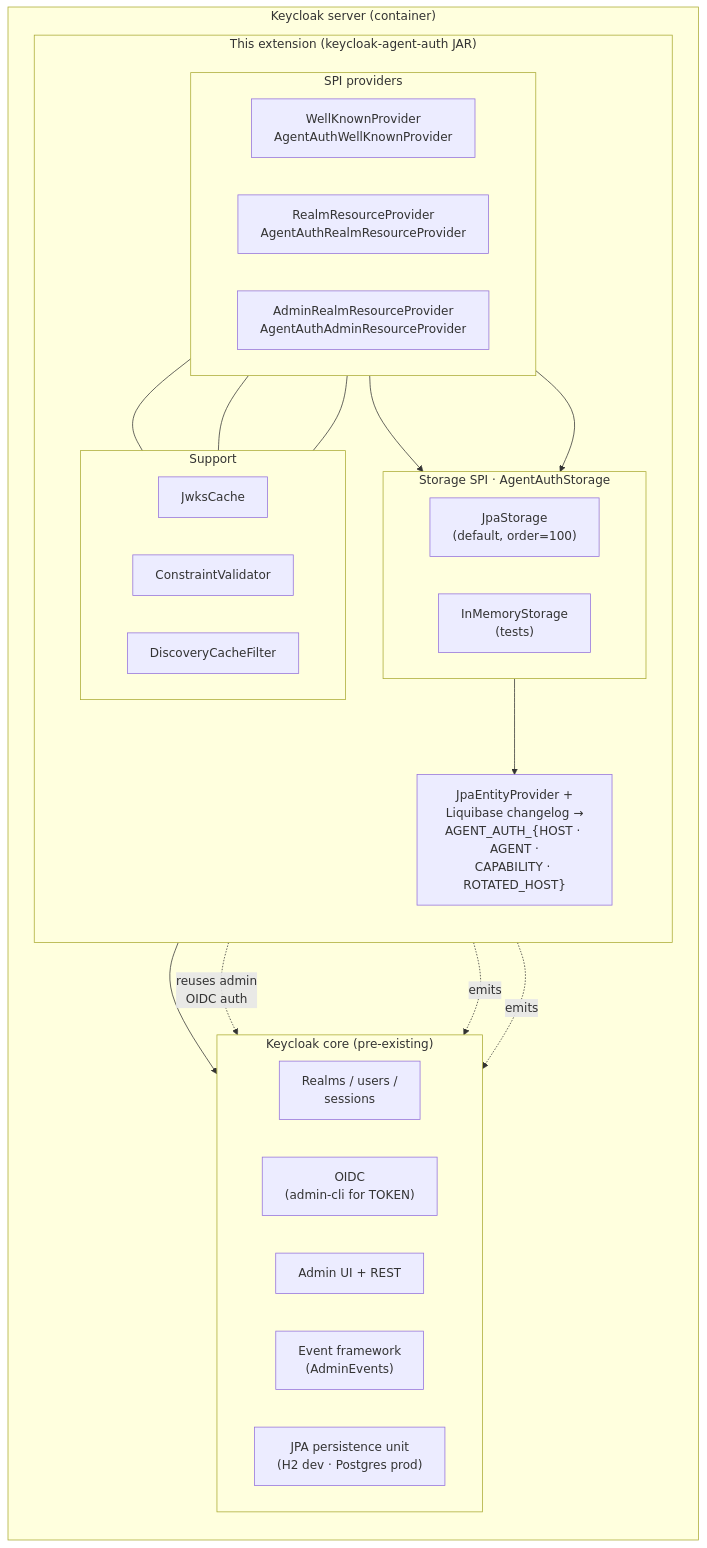
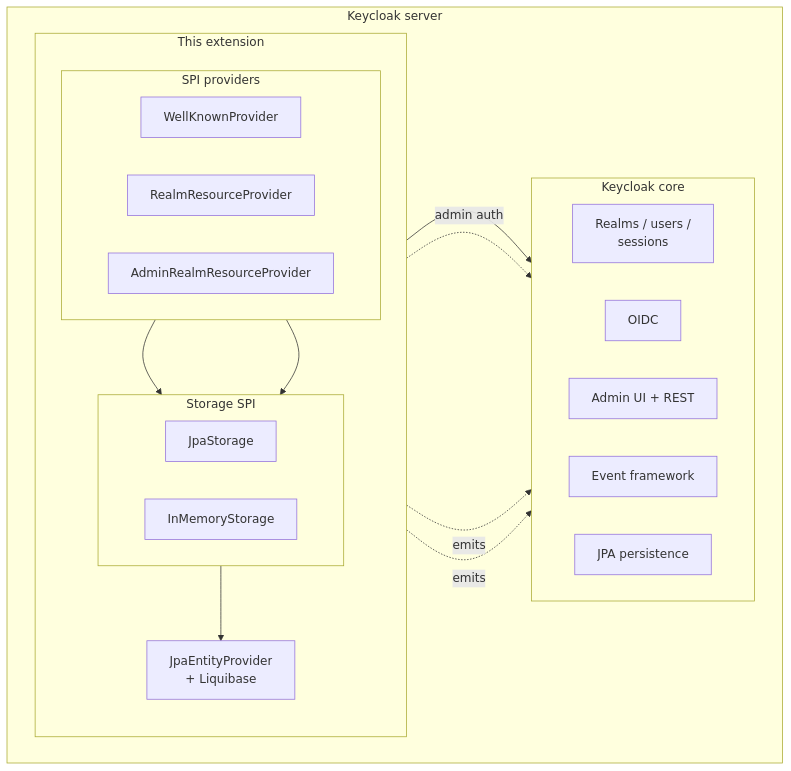
The fourth of 4 diagrams in docs/architecture.md (chenhunghan/keycloak-agent-auth), drawn with Mermaid before and after one commit. The commit also changed other lines of this file, not shown here.

First paragraph of the commit message:
docs: simplify architecture.md flowcharts; leave sequences as-is
Apply the same "one concern per diagram" rule the README just got.

````diff
--- a/docs/architecture.md
+++ b/docs/architecture.md
@@ -162,50 +165,39 @@
 ```mermaid
 flowchart TB
-    subgraph KC["Keycloak server (container)"]
-        direction TB
-        subgraph CORE["Keycloak core (pre-existing)"]
+    subgraph KC["Keycloak server"]
+        subgraph CORE["Keycloak core"]
             direction LR
             C1["Realms / users /<br/>sessions"]
-            C2["OIDC<br/>(admin-cli for TOKEN)"]
+            C2["OIDC"]
             C3["Admin UI + REST"]
-            C4["Event framework<br/>(AdminEvents)"]
-            C5["JPA persistence unit<br/>(H2 dev · Postgres prod)"]
+            C4["Event framework"]
+            C5["JPA persistence"]
         end
 
-        subgraph EXT["This extension (keycloak-agent-auth JAR)"]
+        subgraph EXT["This extension"]
             direction TB
             subgraph PROV["SPI providers"]
                 direction LR
-                P1["WellKnownProvider<br/>AgentAuthWellKnownProvider"]
-                P2["RealmResourceProvider<br/>AgentAuthRealmResourceProvider"]
-                P3["AdminRealmResourceProvider<br/>AgentAuthAdminResourceProvider"]
+                P1["WellKnownProvider"]
+                P2["RealmResourceProvider"]
+                P3["AdminRealmResourceProvider"]
             end
 
-            subgraph STOR["Storage SPI · AgentAuthStorage"]
+            subgraph STOR["Storage SPI"]
                 direction LR
-                S1["JpaStorage<br/>(default, order=100)"]
-                S2["InMemoryStorage<br/>(tests)"]
+                S1["JpaStorage"]
+                S2["InMemoryStorage"]
             end
 
-            JPA["JpaEntityProvider +<br/>Liquibase changelog →<br/>AGENT_AUTH_{HOST · AGENT ·<br/>CAPABILITY · ROTATED_HOST}"]
-
-            subgraph SUP["Support"]
-                direction LR
-                U1["JwksCache"]
-                U2["ConstraintValidator"]
-                U3["DiscoveryCacheFilter"]
-            end
+            JPA["JpaEntityProvider<br/>+ Liquibase"]
         end
     end
 
     P2 --> S1
     P3 --> S1
     S1 --> JPA
     JPA --> C5
-    P3 -.->|reuses admin<br/>OIDC auth| C3
+    P3 -.->|admin auth| C3
     P2 -.->|emits| C4
     P3 -.->|emits| C4
-    P2 --- U1
-    P2 --- U2
-    P1 --- U3
 ```
````
